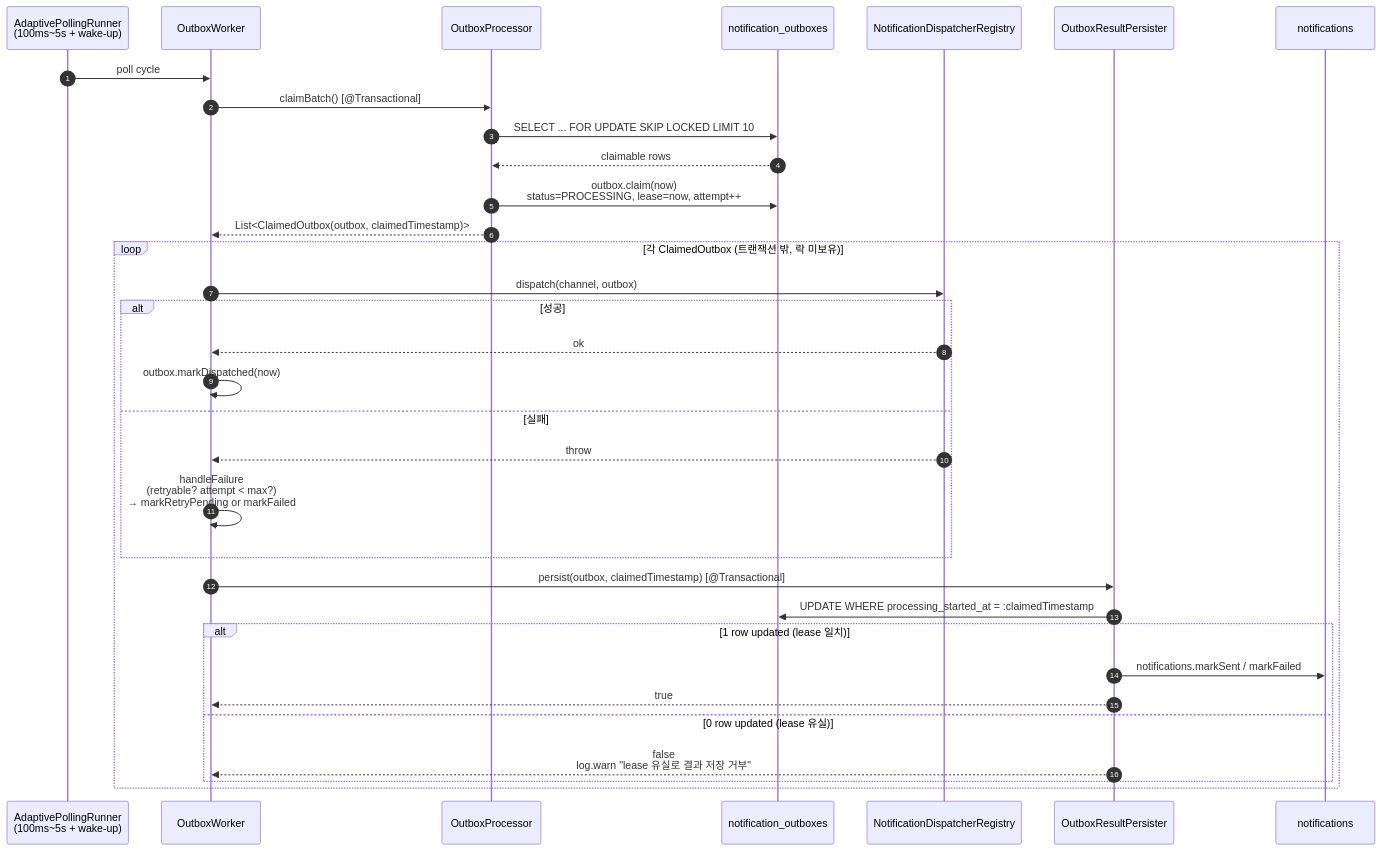
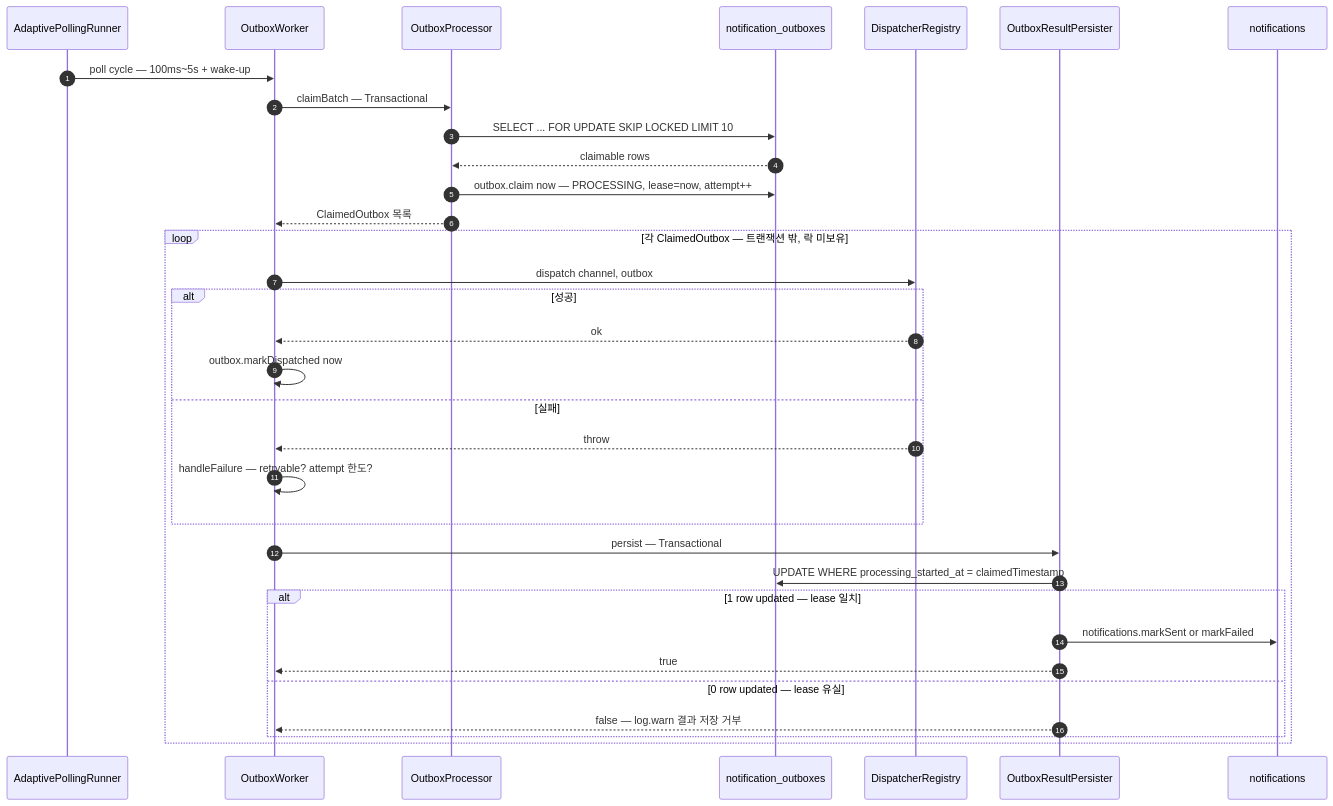
The fourth of 4 diagrams in docs/architecture.md (HyNS00/notification-service), drawn with Mermaid before and after one commit. The commit also changed other lines of this file and 1 other file, not shown here.

````diff
--- a/docs/architecture.md
+++ b/docs/architecture.md
@@ -231,37 +240,37 @@
 ```mermaid
 sequenceDiagram
     autonumber
-    participant Poller as AdaptivePollingRunner<br/>(100ms~5s + wake-up)
+    participant Poller as AdaptivePollingRunner
     participant Worker as OutboxWorker
     participant Proc as OutboxProcessor
     participant DB as notification_outboxes
-    participant Dispatcher as NotificationDispatcherRegistry
+    participant Dispatcher as DispatcherRegistry
     participant Persister as OutboxResultPersister
     participant N as notifications
 
-    Poller->>Worker: poll cycle
-    Worker->>Proc: claimBatch() [@Transactional]
+    Poller->>Worker: poll cycle — 100ms~5s + wake-up
+    Worker->>Proc: claimBatch — Transactional
     Proc->>DB: SELECT ... FOR UPDATE SKIP LOCKED LIMIT 10
     DB-->>Proc: claimable rows
-    Proc->>DB: outbox.claim(now)<br/>status=PROCESSING, lease=now, attempt++
-    Proc-->>Worker: List<ClaimedOutbox(outbox, claimedTimestamp)>
+    Proc->>DB: outbox.claim now — PROCESSING, lease=now, attempt++
+    Proc-->>Worker: ClaimedOutbox 목록
 
-    loop 각 ClaimedOutbox (트랜잭션 밖, 락 미보유)
-        Worker->>Dispatcher: dispatch(channel, outbox)
+    loop 각 ClaimedOutbox — 트랜잭션 밖, 락 미보유
+        Worker->>Dispatcher: dispatch channel, outbox
         alt 성공
             Dispatcher-->>Worker: ok
-            Worker->>Worker: outbox.markDispatched(now)
+            Worker->>Worker: outbox.markDispatched now
         else 실패
             Dispatcher-->>Worker: throw
-            Worker->>Worker: handleFailure<br/>(retryable? attempt < max?)<br/>→ markRetryPending or markFailed
+            Worker->>Worker: handleFailure — retryable? attempt 한도?
         end
-        Worker->>Persister: persist(outbox, claimedTimestamp) [@Transactional]
-        Persister->>DB: UPDATE WHERE processing_started_at = :claimedTimestamp
-        alt 1 row updated (lease 일치)
-            Persister->>N: notifications.markSent / markFailed
+        Worker->>Persister: persist — Transactional
+        Persister->>DB: UPDATE WHERE processing_started_at = claimedTimestamp
+        alt 1 row updated — lease 일치
+            Persister->>N: notifications.markSent or markFailed
             Persister-->>Worker: true
-        else 0 row updated (lease 유실)
-            Persister-->>Worker: false<br/>log.warn "lease 유실로 결과 저장 거부"
+        else 0 row updated — lease 유실
+            Persister-->>Worker: false — log.warn 결과 저장 거부
         end
     end
 ```
````
